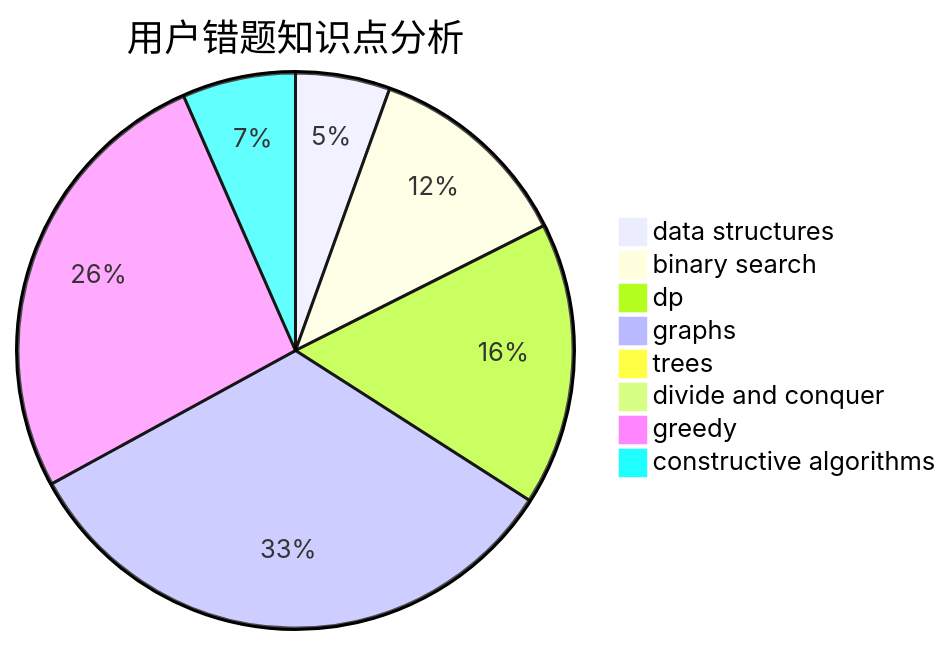
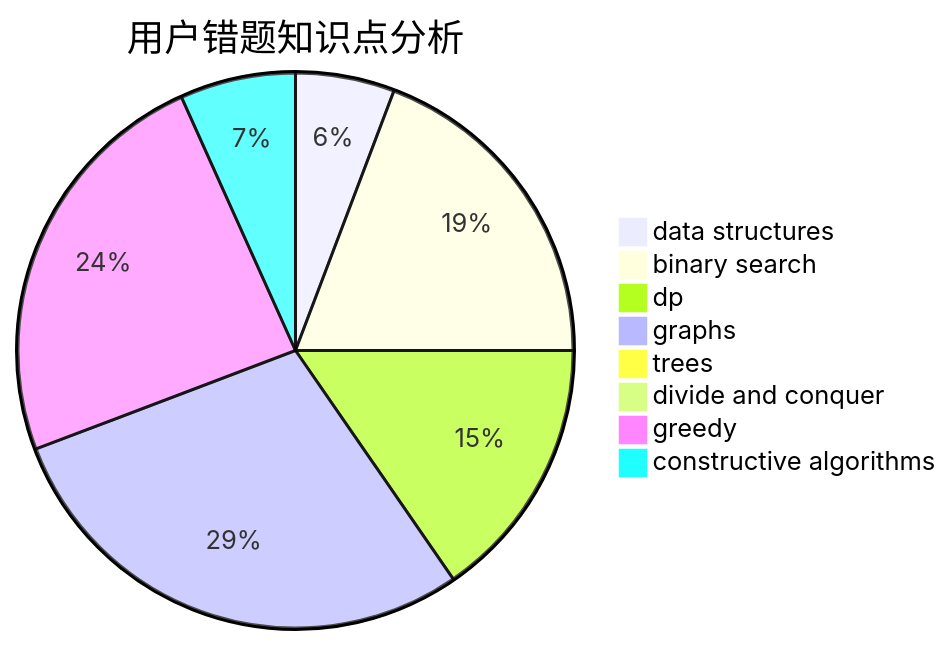
Before and after one commit to sherpahu/cfrs.github.io: the third of 3 diagrams in docs/user/u713.md, drawn with Mermaid. The commit also changed other lines of this file and 2770 other files, not shown here.

````diff
--- a/docs/user/u713.md
+++ b/docs/user/u713.md
@@ -36,11 +36,11 @@
 ```mermaid
 pie title 用户错题知识点分析
-    "data structures" :  5
-    "binary search" :  11
-    "dp" :  15
+    "data structures" :  6
+    "binary search" :  20
+    "dp" :  16
     "graphs" :  30
     "trees" :  0
     "divide and conquer" :  0
-    "greedy" :  24
-    "constructive algorithms" :  6
+    "greedy" :  25
+    "constructive algorithms" :  7
 ```
````
